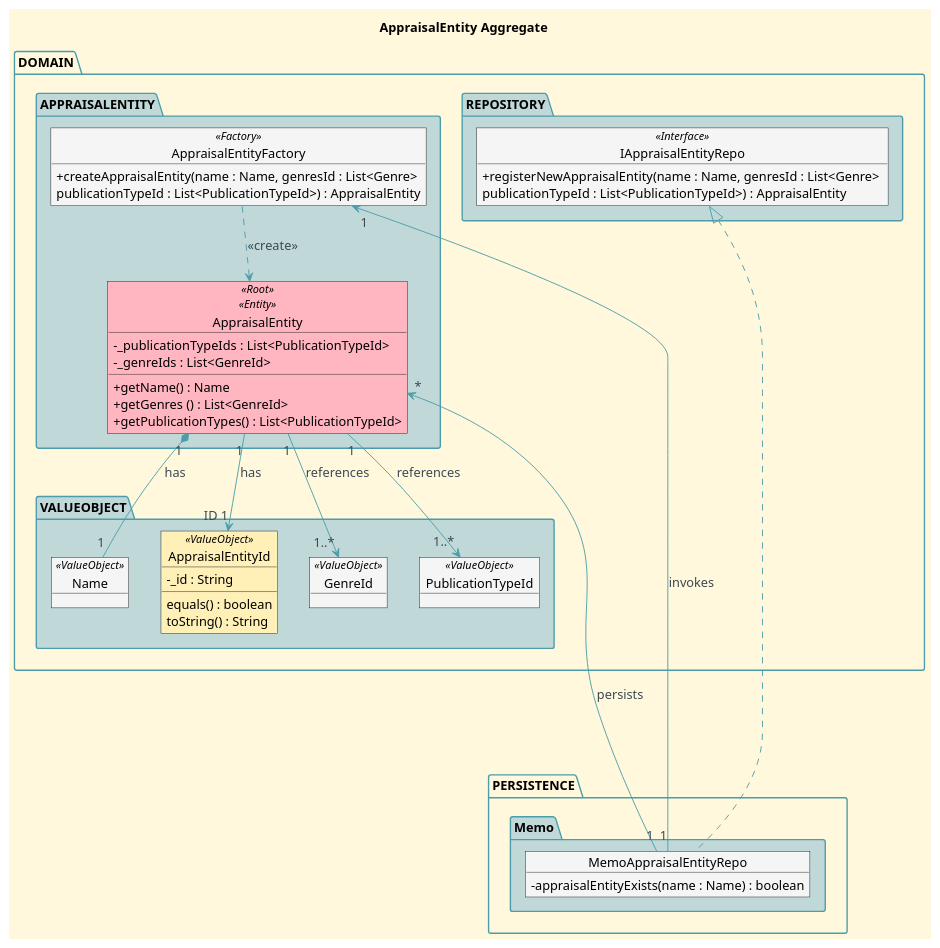
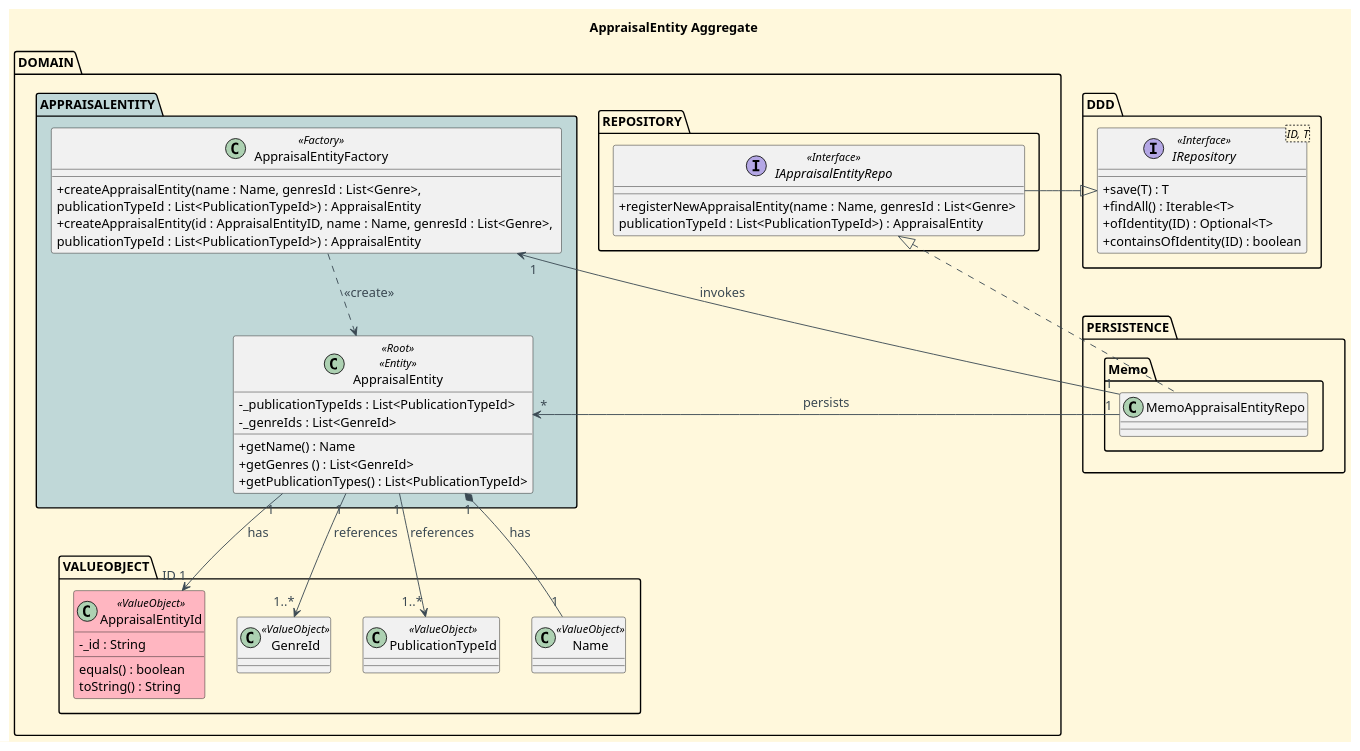
One commit to CarolinaLeite-collab/JavaMarketplacePlatform changed the diagram in docs/aggregatesDiagrams/appraisalEntityAggregate.puml. Above: the diagram before and after it, drawn with PlantUML.

Commit message:
docs: updated ApprasailEntity aggregate diagram following team patterns and DDD - refs #457

```diff
--- a/docs/aggregatesDiagrams/appraisalEntityAggregate.puml
+++ b/docs/aggregatesDiagrams/appraisalEntityAggregate.puml
@@ -1,99 +1,104 @@
 @startuml
 
 '==== Title ====
 title AppraisalEntity Aggregate
 top to bottom direction
 
 '==== basic style ====
 skinparam monochrome false
-
 skinparam defaultFontName Futura
 skinparam objectFontSize 14
 skinparam backgroundColor CornSilk
 skinparam objectBackgroundColor WhiteSmoke
 skinparam noteBackgroundColor #FFFFE0
 skinparam ArrowFontColor #3B4953
-skinparam ArrowColor #4B9DA9
+skinparam ArrowColor #3B4953
 skinparam ArrowFontSize 14
-skinparam PackageBorderColor #4B9DA9
+skinparam PackageBorderColor #black
 skinparam classAttributeIconSize 0
 
 ' ===== Domain =====
 Package "DOMAIN" {
 
     Package "APPRAISALENTITY" <<Folder>> #c0d8d8 {
-        object AppraisalEntity <<Root>> <<Entity>> #LightPink {
+        class AppraisalEntity <<Root>> <<Entity>>  {
             -_publicationTypeIds : List<PublicationTypeId>
             -_genreIds : List<GenreId>
-            __
+
             +getName() : Name
             +getGenres () : List<GenreId>
             +getPublicationTypes() : List<PublicationTypeId>
             }
 
-object AppraisalEntityFactory <<Factory>> {
-    +createAppraisalEntity(name : Name, genresId : List<Genre> \npublicationTypeId : List<PublicationTypeId>) : AppraisalEntity
+    class AppraisalEntityFactory <<Factory>> {
+        +createAppraisalEntity(name : Name, genresId : List<Genre>, \npublicationTypeId : List<PublicationTypeId>) : AppraisalEntity
+        +createAppraisalEntity(id : AppraisalEntityID, name : Name, genresId : List<Genre>, \npublicationTypeId : List<PublicationTypeId>) : AppraisalEntity
+
+        }
     }
+
+    package "REPOSITORY" <<Folder>> {
+        interface IAppraisalEntityRepo <<Interface>> {
+            +registerNewAppraisalEntity(name : Name, genresId : List<Genre> \npublicationTypeId : List<PublicationTypeId>) : AppraisalEntity
+        }
+    }
+
+    Package "VALUEOBJECT" {
+        '== Value Objects (Ids) ==
+        class AppraisalEntityId <<ValueObject>> #LightPink {
+        -_id : String
+
+        equals() : boolean
+        toString() : String
+        }
+        class GenreId <<ValueObject>> {
+
+        }
+        class PublicationTypeId <<ValueObject>> {
+
+        }
+        ' ===== Value Objects =====
+        class Name <<ValueObject>> {
+
+        }
+
+    }
+
 }
 
-package "REPOSITORY" <<Folder>> #c0d8d8 {
-    object IAppraisalEntityRepo <<Interface>> {
-        +registerNewAppraisalEntity(name : Name, genresId : List<Genre> \npublicationTypeId : List<PublicationTypeId>) : AppraisalEntity
+' ===== Repository =====
+package "PERSISTENCE" <<Folder>> {
+
+    package "Memo" {
+        class MemoAppraisalEntityRepo {
+
+        }
+
     }
+
 }
 
-Package "VALUEOBJECT" #c0d8d8 {
-    '== Value Objects (Ids) ==
-    object AppraisalEntityId <<ValueObject>> #fff0b8{
-    -_id : String
-    __
-    equals() : boolean
-    toString() : String
-    }
-    object GenreId <<ValueObject>> {
-
-    }
-    object PublicationTypeId <<ValueObject>> {
-
-    }
-'    object ItemId <<<<ValueObject>> {
-'
-'    }
-    ' ===== Value Objects =====
-    object Name <<ValueObject>> {
-
+Package "DDD" {
+    interface IRepository<ID, T> <<Interface>> {
+        +save(T) : T
+        +findAll() : Iterable<T>
+        +ofIdentity(ID) : Optional<T>
+        +containsOfIdentity(ID) : boolean
     }
 
 }
 
 ' ===== Interactions =====
 AppraisalEntity "1" --> "ID 1" AppraisalEntityId : has
-
-'IAppraisalEntityRepo "1" --> "*" AppraisalEntity : manages
-
 AppraisalEntity "1" --> "1..*" GenreId : references
 AppraisalEntity "1" --> "1..*" PublicationTypeId : references
-'AppraisalEntity ..> ItemId : references
+AppraisalEntity "1" *-- "1" Name : has
+AppraisalEntity "*" <- "1" MemoAppraisalEntityRepo : persists
 
-AppraisalEntity "1" *-- "1" Name : has
-
-' ===== Factory =====
 AppraisalEntityFactory ..> AppraisalEntity : <<create>>
-
-}
-
-' ===== Repository =====
-package "PERSISTENCE" <<Folder>> {
-
-    package "Memo" #c0d8d8 {
-        object MemoAppraisalEntityRepo {
-            -appraisalEntityExists(name : Name) : boolean
-        }
-    }
-}
+AppraisalEntityFactory "1"<- "1" MemoAppraisalEntityRepo : invokes
 
 IAppraisalEntityRepo <|. MemoAppraisalEntityRepo
-AppraisalEntity "*" <-- "1" MemoAppraisalEntityRepo : persists
-AppraisalEntityFactory "1"<----- "1" MemoAppraisalEntityRepo : invokes
+IAppraisalEntityRepo -|> IRepository
 
 @enduml
```
